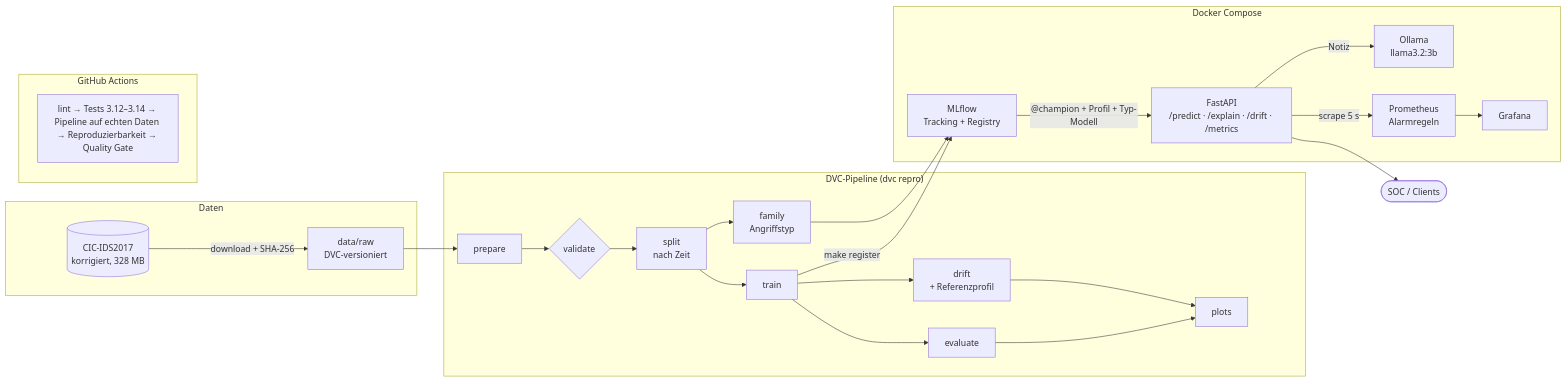
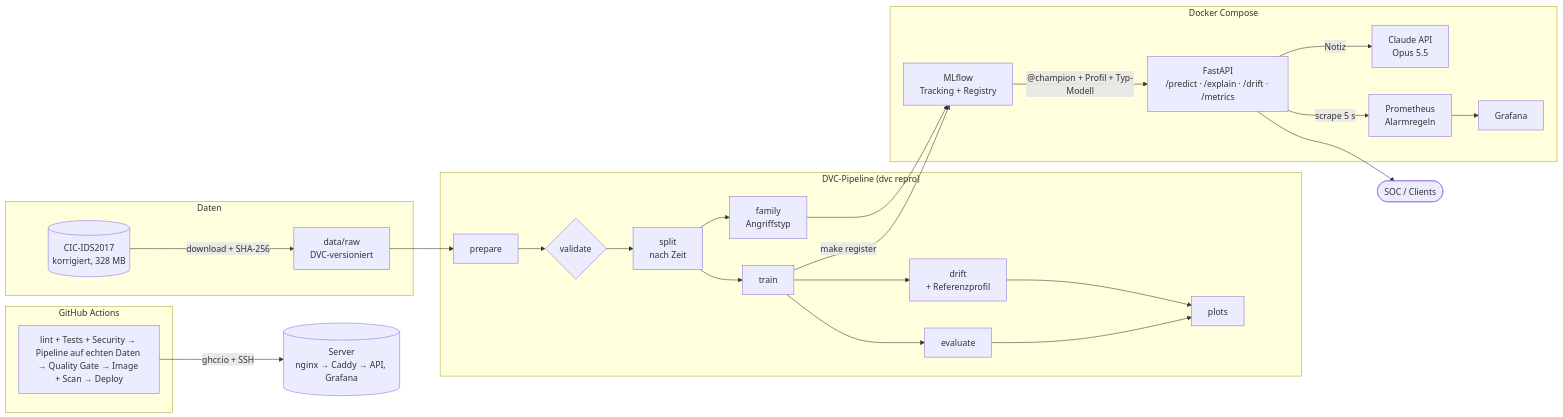
One commit to Maik-Huebner/intrusion-detection-mlops changed the third of 3 diagrams in README.md. Above: the diagram before and after it, drawn with Mermaid. The commit also changed other lines of this file and 16 other files, not shown here.

````diff
--- a/README.md
+++ b/README.md
@@ -250,24 +345,25 @@
 ```mermaid
 flowchart LR
     subgraph Daten
         SRC[(CIC-IDS2017<br/>korrigiert, 328 MB)] -->|download + SHA-256| RAW[data/raw<br/>DVC-versioniert]
     end
     subgraph "DVC-Pipeline (dvc repro)"
         RAW --> P[prepare] --> V{validate} --> S[split<br/>nach Zeit] --> T[train] --> E[evaluate]
         S --> F[family<br/>Angriffstyp]
         T --> DR[drift<br/>+ Referenzprofil]
         E --> PL[plots]
         DR --> PL
     end
     subgraph "Docker Compose"
         REG[MLflow<br/>Tracking + Registry] -->|"@champion + Profil + Typ-Modell"| API[FastAPI<br/>/predict · /explain · /drift · /metrics]
-        API -->|Notiz| OL[Ollama<br/>llama3.2:3b]
+        API -->|Notiz| CL[Claude API<br/>Opus 5.5]
         API -->|scrape 5 s| PR[Prometheus<br/>Alarmregeln] --> GR[Grafana]
     end
     T -->|"make register"| REG
     F --> REG
     API --> U([SOC / Clients])
     subgraph "GitHub Actions"
-        CI[lint → Tests 3.12–3.14 → Pipeline auf echten Daten → Reproduzierbarkeit → Quality Gate]
+        CI[lint + Tests + Security → Pipeline auf echten Daten → Quality Gate → Image + Scan → Deploy]
     end
+    CI -->|"ghcr.io + SSH"| SRV[(Server<br/>nginx → Caddy → API, Grafana)]
 ```
````
